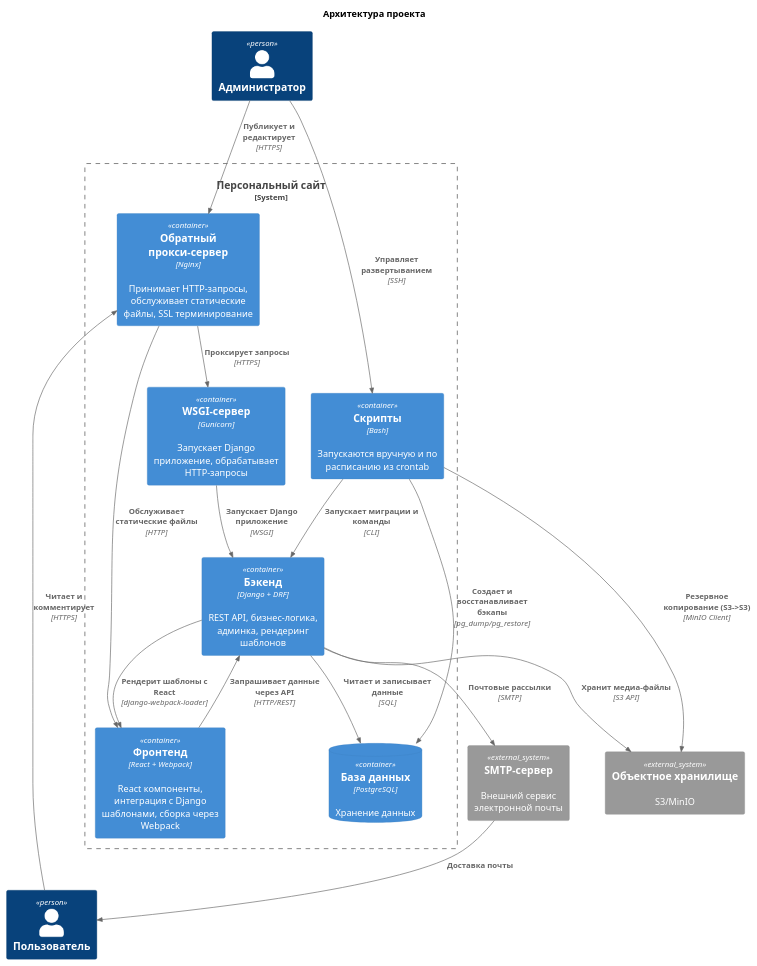
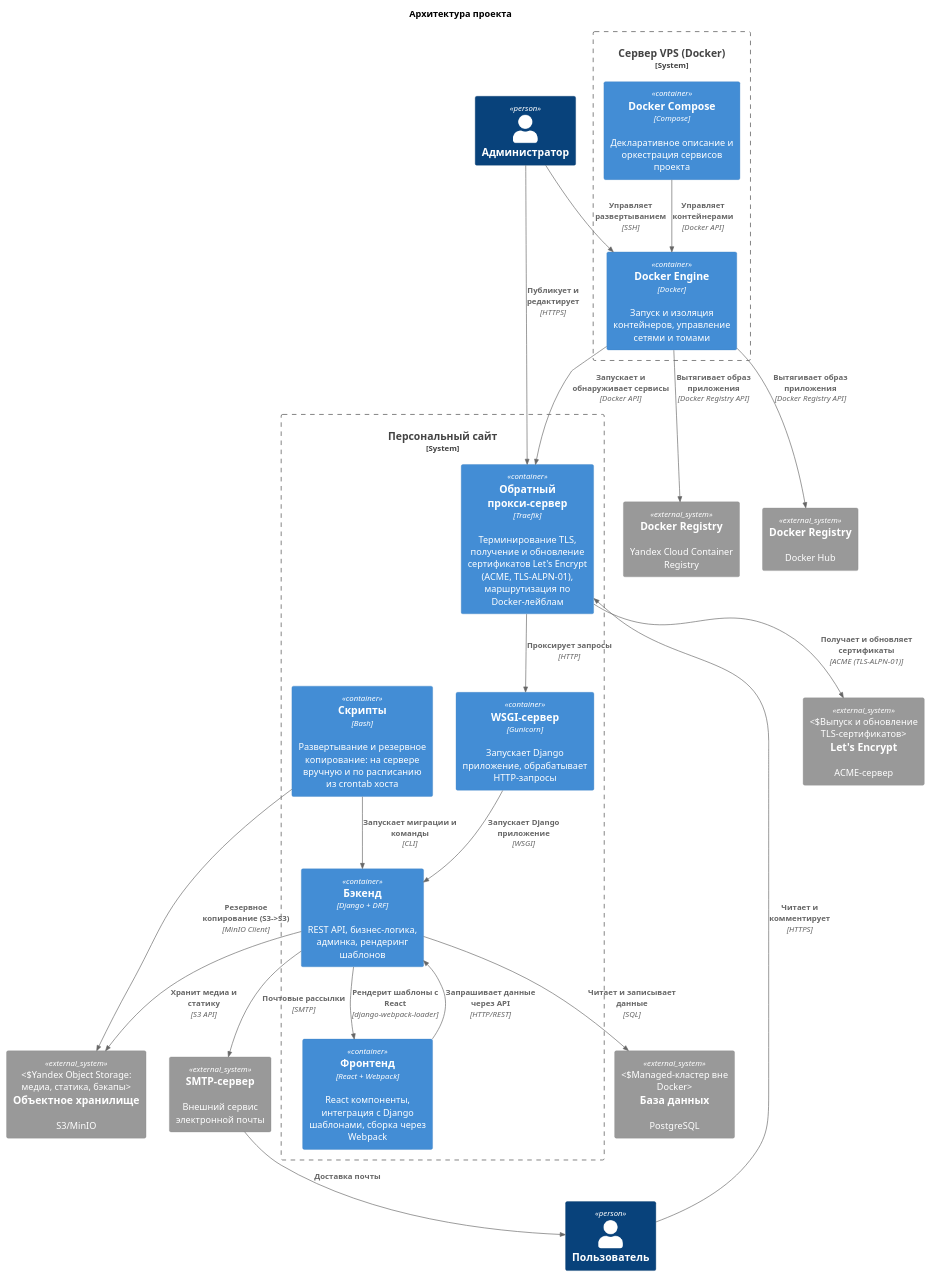
The diagram in docs/diagrams/src/container.puml (mikhpo/personal-website), drawn with PlantUML before and after one commit. The commit also changed 23 other files, not shown here.

First line of the commit message:
feat: замена nginx на Traefik с автоматическими сертификатами Let's Encrypt

```diff
--- a/docs/diagrams/src/container.puml
+++ b/docs/diagrams/src/container.puml
@@ -1,36 +1,46 @@
 @startuml container
 
 !include <C4/C4_Container>
 
 title Архитектура проекта
 
 Person(user, "Пользователь")
 Person(admin, "Администратор")
 System_Boundary(project, "Персональный сайт") {
-    Container(nginx, "Обратный прокси-сервер", "Nginx", "Принимает HTTP-запросы, обслуживает статические файлы, SSL терминирование")
+    Container(traefik, "Обратный прокси-сервер", "Traefik", "Терминирование TLS, получение и обновление сертификатов Let's Encrypt (ACME, TLS-ALPN-01), маршрутизация по Docker-лейблам")
     Container(gunicorn, "WSGI-сервер", "Gunicorn", "Запускает Django приложение, обрабатывает HTTP-запросы")
     Container(backend, "Бэкенд", "Django + DRF", "REST API, бизнес-логика, админка, рендеринг шаблонов")
     Container(frontend, "Фронтенд", "React + Webpack", "React компоненты, интеграция с Django шаблонами, сборка через Webpack")
-    Container(scripts, "Скрипты", "Bash", "Запускаются вручную и по расписанию из crontab")
-    ContainerDb(db, "База данных", "PostgreSQL", "Хранение данных")
+    Container(scripts, "Скрипты", "Bash", "Развертывание и резервное копирование: на сервере вручную и по расписанию из crontab хоста")
 }
-System_Ext(s3, "Объектное хранилище", "S3/MinIO")
+System_Boundary(server, "Сервер VPS (Docker)") {
+    Container(engine, "Docker Engine", "Docker", "Запуск и изоляция контейнеров, управление сетями и томами")
+    Container(compose, "Docker Compose", "Compose", "Декларативное описание и оркестрация сервисов проекта")
+}
+System_Ext(registry_hub, "Docker Registry", "Docker Hub")
+System_Ext(registry_yc, "Docker Registry", "Yandex Cloud Container Registry")
+System_Ext(db, "База данных", "PostgreSQL", "Managed-кластер вне Docker")
+System_Ext(s3, "Объектное хранилище", "S3/MinIO", "Yandex Object Storage: медиа, статика, бэкапы")
 System_Ext(smtp, "SMTP-сервер", "Внешний сервис электронной почты")
+System_Ext(le, "Let's Encrypt", "ACME-сервер", "Выпуск и обновление TLS-сертификатов")
 
-Rel(admin, nginx, "Публикует и редактирует", "HTTPS")
-Rel(admin, scripts, "Управляет развертыванием", "SSH")
-Rel(user, nginx, "Читает и комментирует", "HTTPS")
-Rel(nginx, gunicorn, "Проксирует запросы", "HTTPS")
-Rel(nginx, frontend, "Обслуживает статические файлы", "HTTP")
+Rel(admin, engine, "Управляет развертыванием", "SSH")
+Rel(user, traefik, "Читает и комментирует", "HTTPS")
+Rel(admin, traefik, "Публикует и редактирует", "HTTPS")
+Rel(traefik, gunicorn, "Проксирует запросы", "HTTP")
 Rel(gunicorn, backend, "Запускает Django приложение", "WSGI")
 Rel(backend, frontend, "Рендерит шаблоны с React", "django-webpack-loader")
 Rel(frontend, backend, "Запрашивает данные через API", "HTTP/REST")
 Rel(backend, db, "Читает и записывает данные", "SQL")
-Rel(backend, s3, "Хранит медиа-файлы", "S3 API")
+Rel(backend, s3, "Хранит медиа и статику", "S3 API")
 Rel(backend, smtp, "Почтовые рассылки", "SMTP")
 Rel(smtp, user, "Доставка почты")
 Rel(scripts, backend, "Запускает миграции и команды", "CLI")
-Rel(scripts, db, "Создает и восстанавливает бэкапы", "pg_dump/pg_restore")
 Rel(scripts, s3, "Резервное копирование (S3->S3)", "MinIO Client")
+Rel(engine, traefik, "Запускает и обнаруживает сервисы", "Docker API")
+Rel(compose, engine, "Управляет контейнерами", "Docker API")
+Rel(engine, registry_hub, "Вытягивает образ приложения", "Docker Registry API")
+Rel(engine, registry_yc, "Вытягивает образ приложения", "Docker Registry API")
+Rel(traefik, le, "Получает и обновляет сертификаты", "ACME (TLS-ALPN-01)")
 
 @enduml
```
